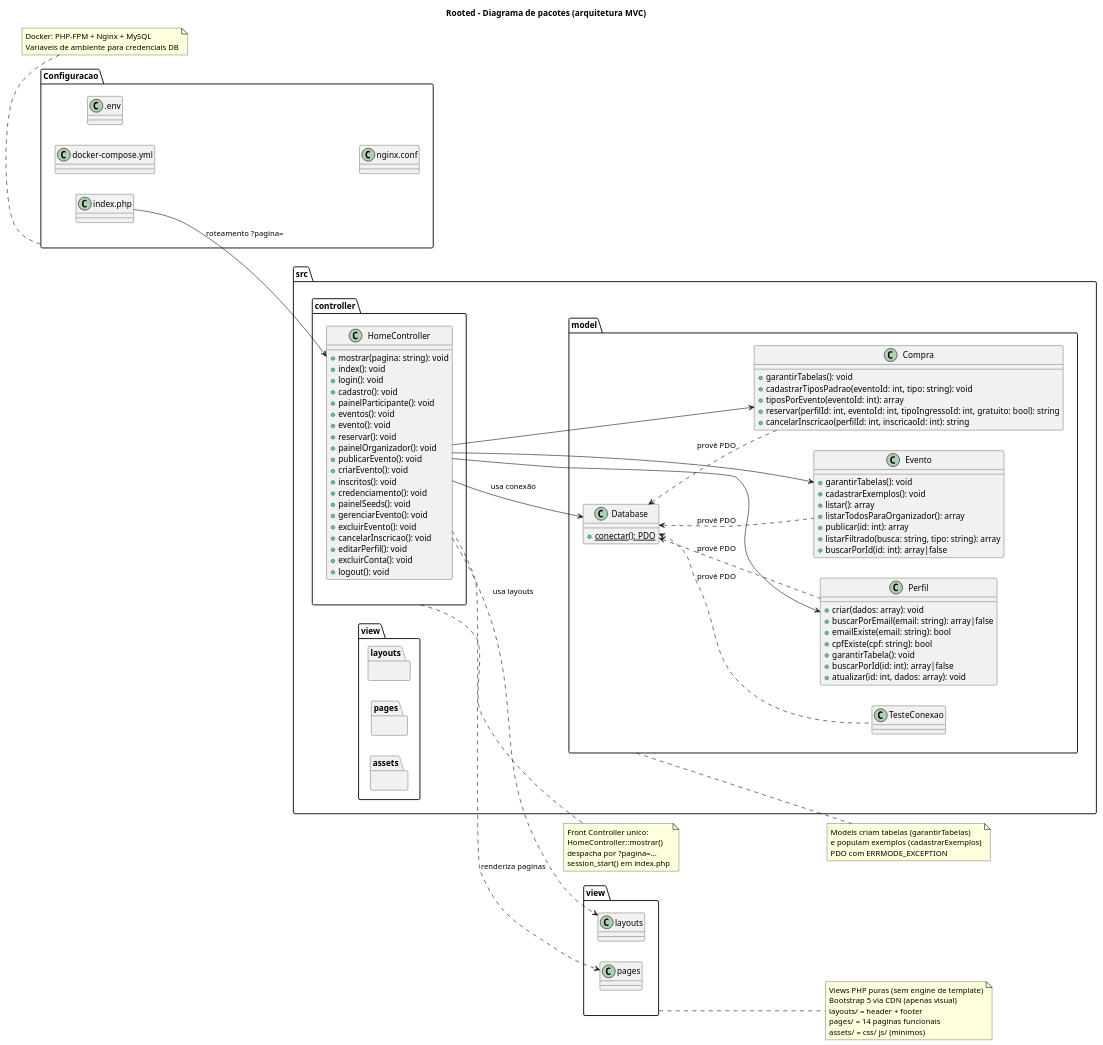
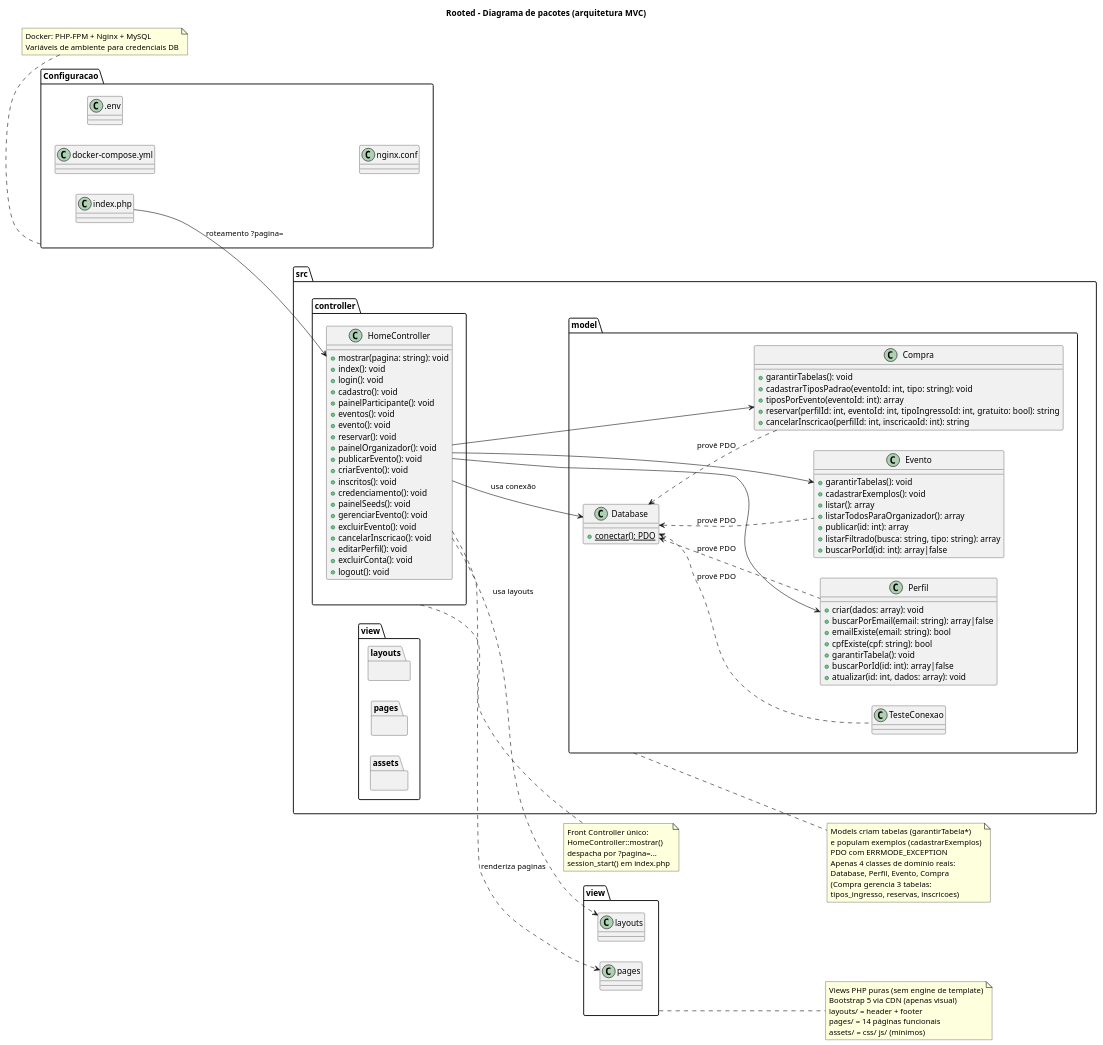
The diagram in docs/diagramas/scripts/06-pacotes.puml (paulothaylam/rooted-projeto), drawn with PlantUML before and after one commit. The commit also changed 39 other files, not shown here.

Commit message:
Atualizando diagramas

```diff
--- a/docs/diagramas/scripts/06-pacotes.puml
+++ b/docs/diagramas/scripts/06-pacotes.puml
@@ -1,116 +1,120 @@
 @startuml
 title Rooted – Diagrama de pacotes (arquitetura MVC)
 left to right direction
 
 package "src" {
   package "controller" {
     class HomeController {
       +mostrar(pagina: string): void
       +index(): void
       +login(): void
       +cadastro(): void
       +painelParticipante(): void
       +eventos(): void
       +evento(): void
       +reservar(): void
       +painelOrganizador(): void
       +publicarEvento(): void
       +criarEvento(): void
       +inscritos(): void
       +credenciamento(): void
       +painelSeeds(): void
       +gerenciarEvento(): void
       +excluirEvento(): void
       +cancelarInscricao(): void
       +editarPerfil(): void
       +excluirConta(): void
       +logout(): void
     }
   }
 
   package "model" {
     class Database {
       {static} +conectar(): PDO
     }
     class Perfil {
       +criar(dados: array): void
       +buscarPorEmail(email: string): array|false
       +emailExiste(email: string): bool
       +cpfExiste(cpf: string): bool
       +garantirTabela(): void
       +buscarPorId(id: int): array|false
       +atualizar(id: int, dados: array): void
     }
     class Evento {
       +garantirTabelas(): void
       +cadastrarExemplos(): void
       +listar(): array
       +listarTodosParaOrganizador(): array
       +publicar(id: int): array
       +listarFiltrado(busca: string, tipo: string): array
       +buscarPorId(id: int): array|false
     }
     class Compra {
       +garantirTabelas(): void
       +cadastrarTiposPadrao(eventoId: int, tipo: string): void
       +tiposPorEvento(eventoId: int): array
       +reservar(perfilId: int, eventoId: int, tipoIngressoId: int, gratuito: bool): string
       +cancelarInscricao(perfilId: int, inscricaoId: int): string
     }
     class TesteConexao
   }
 
   package "view" {
     package "layouts" {}
     package "pages" {}
     package "assets" {}
   }
 }
 
 package "Configuracao" {
   class "index.php" as Index
   class "docker-compose.yml" as DockerCompose
   class ".env" as Env
   class "nginx.conf" as NginxConfig
 }
 
 Index --> HomeController : roteamento ?pagina=
 HomeController --> Database : usa conexão
 HomeController --> Perfil
 HomeController --> Evento
 HomeController --> Compra
 HomeController ..> "view.layouts" : usa layouts
 HomeController ..> "view.pages" : renderiza paginas
 
 Database <.. Perfil : provê PDO
 Database <.. Evento : provê PDO
 Database <.. Compra : provê PDO
 Database <.. TesteConexao : provê PDO
 
 note right of "controller"
-  Front Controller unico:
+  Front Controller único:
   HomeController::mostrar()
   despacha por ?pagina=...
   session_start() em index.php
 end note
 
 note right of "model"
-  Models criam tabelas (garantirTabelas)
+  Models criam tabelas (garantirTabela*)
   e populam exemplos (cadastrarExemplos)
   PDO com ERRMODE_EXCEPTION
+  Apenas 4 classes de domínio reais:
+  Database, Perfil, Evento, Compra
+  (Compra gerencia 3 tabelas:
+  tipos_ingresso, reservas, inscricoes)
 end note
 
 note right of "view"
   Views PHP puras (sem engine de template)
   Bootstrap 5 via CDN (apenas visual)
   layouts/ = header + footer
-  pages/ = 14 paginas funcionais
-  assets/ = css/ js/ (minimos)
+  pages/ = 14 páginas funcionais
+  assets/ = css/ js/ (mínimos)
 end note
 
 note bottom of "Configuracao"
   Docker: PHP-FPM + Nginx + MySQL
-  Variaveis de ambiente para credenciais DB
+  Variáveis de ambiente para credenciais DB
 end note
 
 @enduml
```
